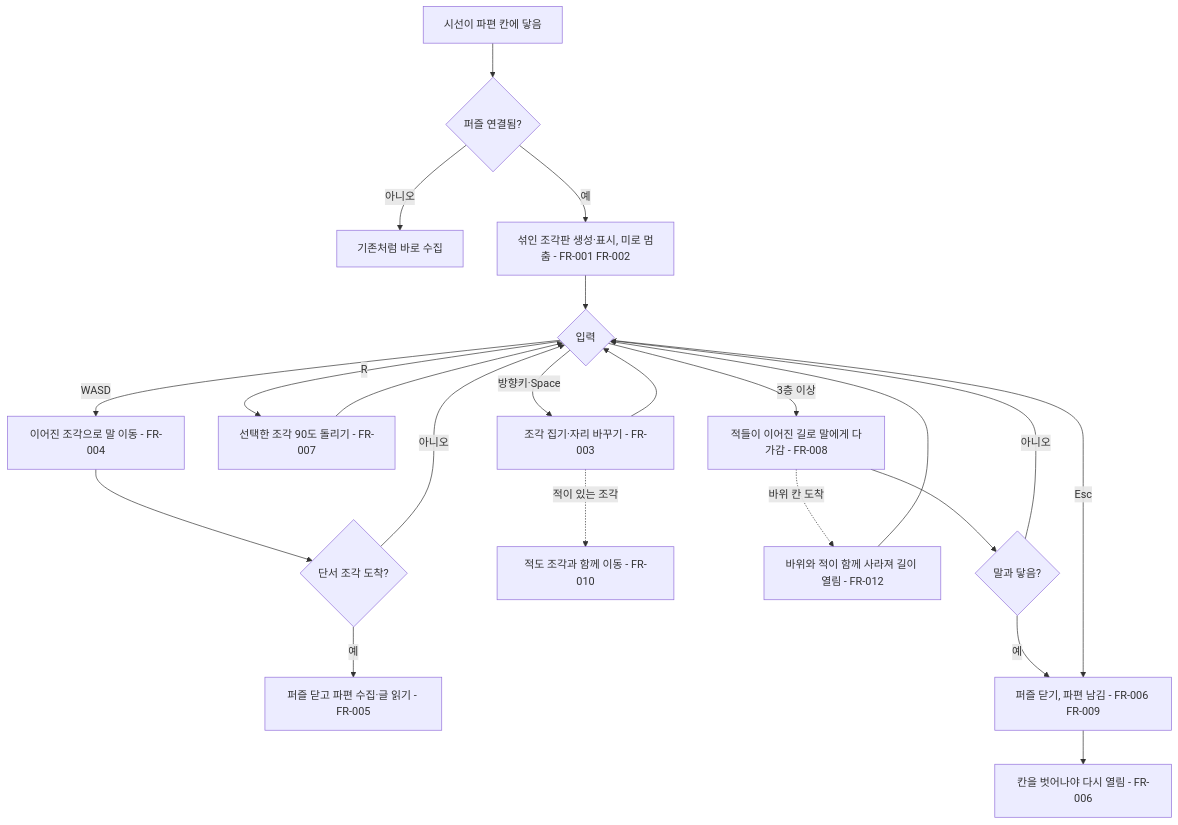
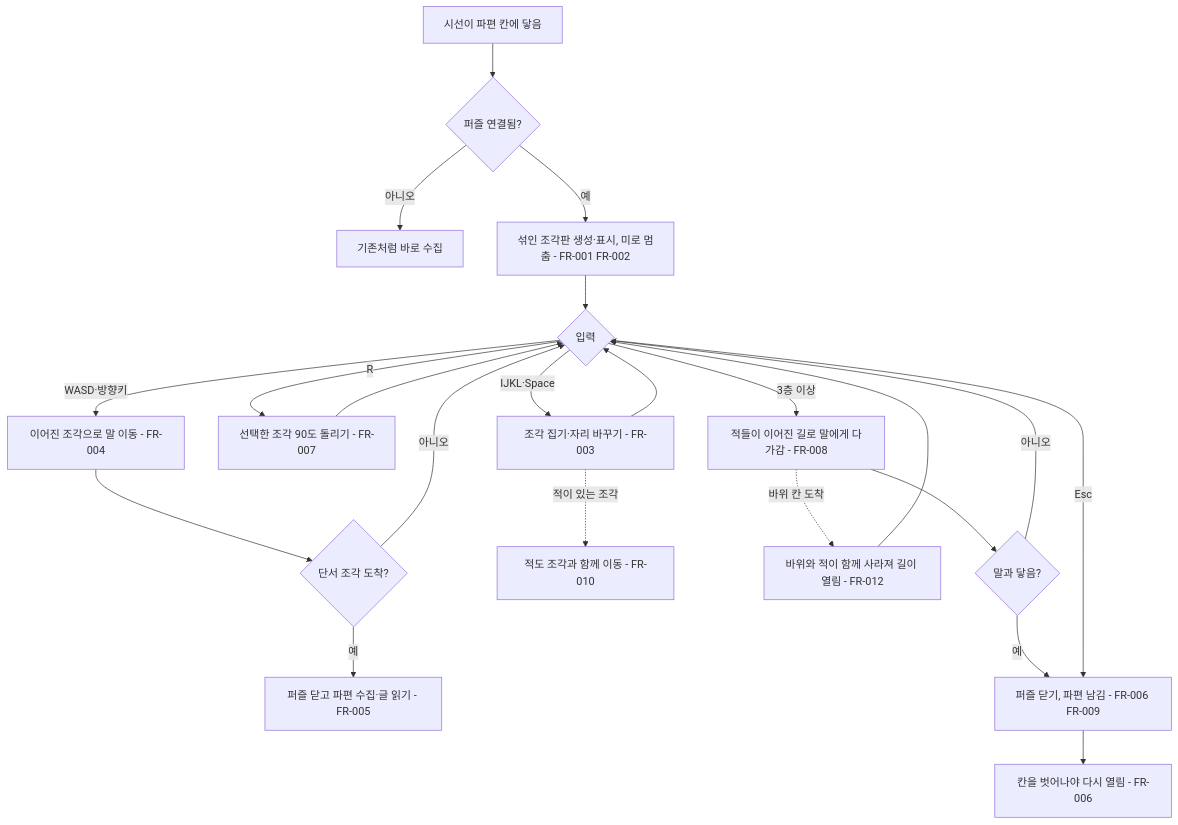
One commit to xpaklove12-lang/Corner1 changed the diagram in docs/specs/037-fragment-line-puzzle.md. Above: the diagram before and after it, drawn with Mermaid. The commit also changed other lines of this file and 22 other files, not shown here.

````diff
--- a/docs/specs/037-fragment-line-puzzle.md
+++ b/docs/specs/037-fragment-line-puzzle.md
@@ -59,24 +59,24 @@
 ```mermaid
 flowchart TD
     A[시선이 파편 칸에 닿음] --> B{퍼즐 연결됨?}
     B -- 아니오 --> C[기존처럼 바로 수집]
     B -- 예 --> D[섞인 조각판 생성·표시, 미로 멈춤 - FR-001 FR-002]
     D --> E{입력}
-    E -- 방향키·Space --> F[조각 집기·자리 바꾸기 - FR-003]
+    E -- IJKL·Space --> F[조각 집기·자리 바꾸기 - FR-003]
     F --> E
     E -- R --> L[선택한 조각 90도 돌리기 - FR-007]
     L --> E
-    E -- WASD --> G[이어진 조각으로 말 이동 - FR-004]
+    E -- WASD·방향키 --> G[이어진 조각으로 말 이동 - FR-004]
     G --> H{단서 조각 도착?}
     H -- 아니오 --> E
     H -- 예 --> I[퍼즐 닫고 파편 수집·글 읽기 - FR-005]
     E -- 3층 이상 --> M[적들이 이어진 길로 말에게 다가감 - FR-008]
     F -.적이 있는 조각.-> O[적도 조각과 함께 이동 - FR-010]
     M -.바위 칸 도착.-> P[바위와 적이 함께 사라져 길이 열림 - FR-012]
     P --> E
     M --> N{말과 닿음?}
     N -- 아니오 --> E
     N -- 예 --> J
     E -- Esc --> J[퍼즐 닫기, 파편 남김 - FR-006 FR-009]
     J --> K[칸을 벗어나야 다시 열림 - FR-006]
 ```
````
